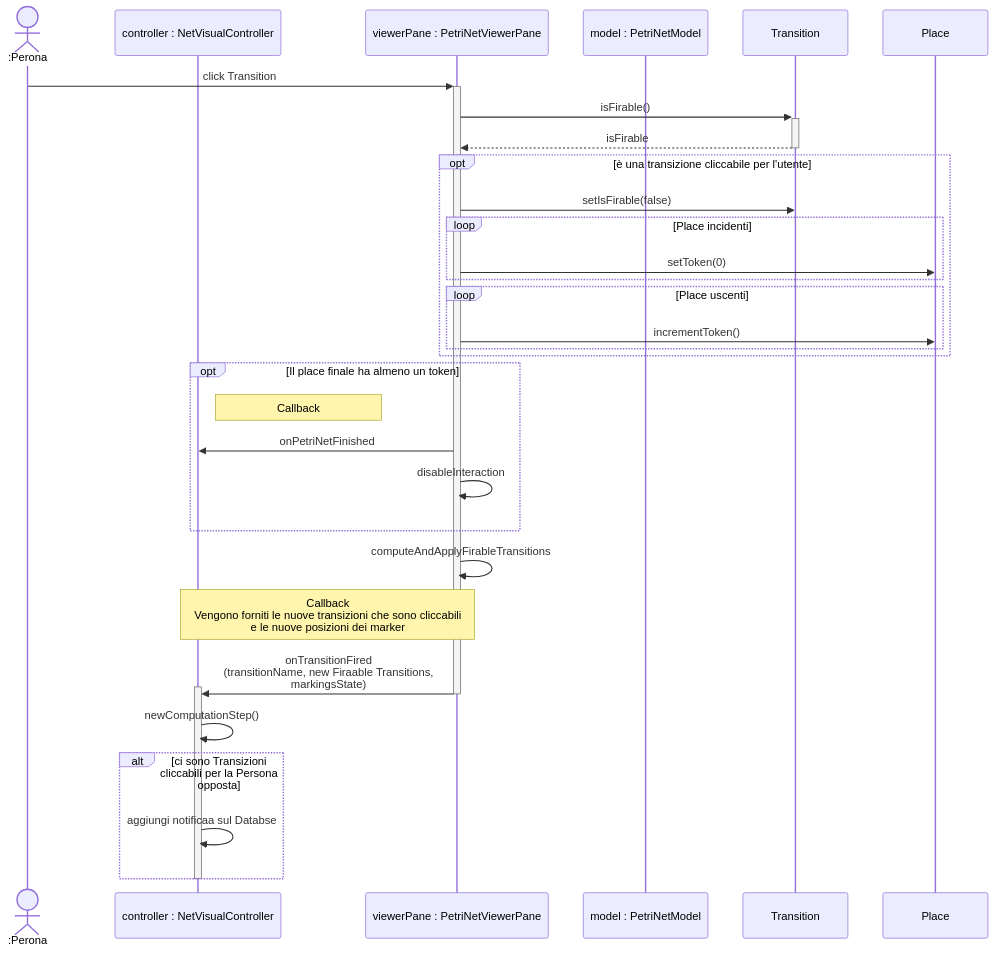
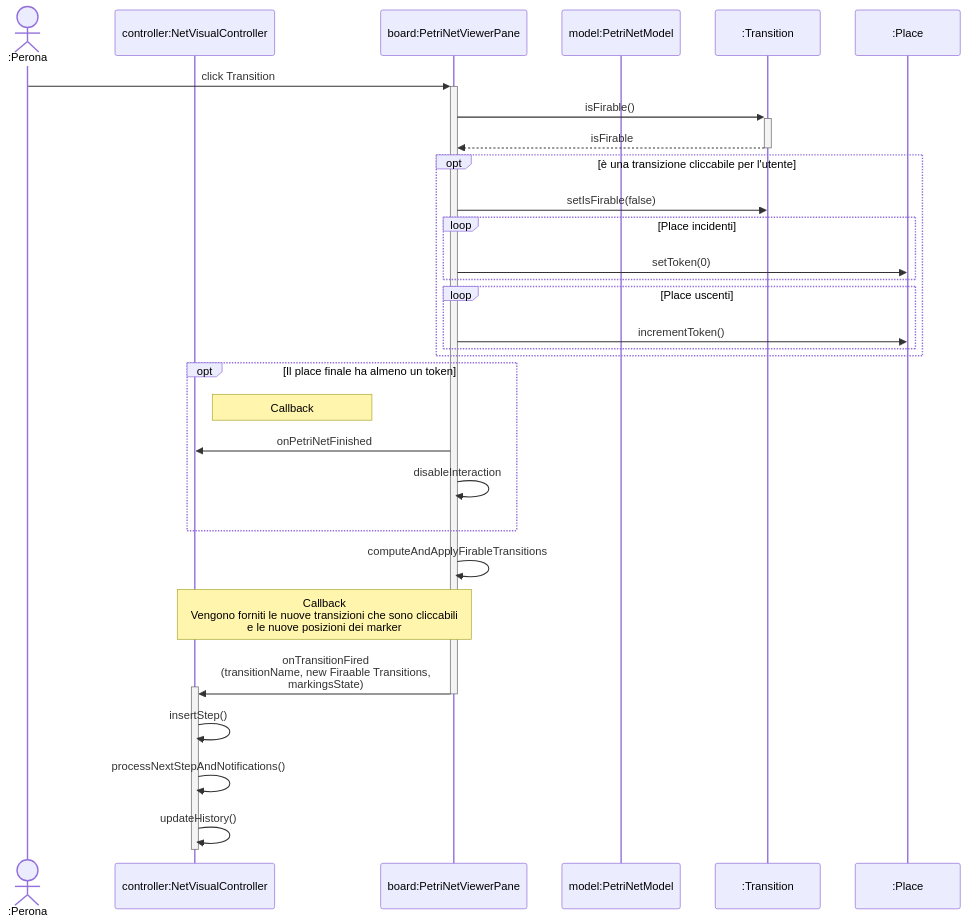
The diagram in docs/petri-net/sequence diagram/sequence_click_transition.mmd (alessio-vivaldelli/PetriHub), drawn with Mermaid before and after one commit. The commit also changed 6 other files, not shown here.

Commit message:
add sequence diagrams and refactor notification handling for computation steps

```diff
--- a/docs/petri-net/sequence diagram/sequence_click_transition.mmd
+++ b/docs/petri-net/sequence diagram/sequence_click_transition.mmd
@@ -1,37 +1,36 @@
 sequenceDiagram
     actor Persona as :Perona
-    participant Controller as controller : NetVisualController
+    participant Controller as controller:NetVisualController
 
-     participant Pane as viewerPane : PetriNetViewerPane
-     participant Model as model : PetriNetModel
+     participant Pane as board:PetriNetViewerPane
+     participant Model as model:PetriNetModel
 
 
     Persona ->>+ Pane: click Transition
     Pane ->>+ Transition: isFirable()
     Transition -->>- Pane: isFirable
     opt è una transizione cliccabile per l'utente
         Pane ->> Transition: setIsFirable(false)
         loop Place incidenti
             Pane ->> Place: setToken(0)
         end
         loop Place uscenti
             Pane ->> Place: incrementToken()
 
         end
     end
     opt Il place finale ha almeno un token
         Note right of Controller: Callback
         Pane ->> Controller: onPetriNetFinished
         Pane ->> Pane: disableInteraction
     end
     Pane ->> Pane: computeAndApplyFirableTransitions
     Note over Controller,Pane: Callback<br>Vengono forniti le nuove transizioni che sono cliccabili<br> e le nuove posizioni dei marker
     Pane ->>+ Controller: onTransitionFired<br>(transitionName, new Firaable Transitions,<br> markingsState)
     deactivate Pane
-    Controller ->> Controller: newComputationStep()
-    alt ci sono Transizioni cliccabili per la Persona opposta
-        Controller ->> Controller: aggiungi notificaa sul Databse
-    end
-
+    Controller ->> Controller: insertStep()
+    Controller ->> Controller: processNextStepAndNotifications()
+    Controller ->> Controller: updateHistory()
     deactivate Controller
-    participant Transition as Transition
+    participant Transition as :Transition
+    participant Place as :Place
```
